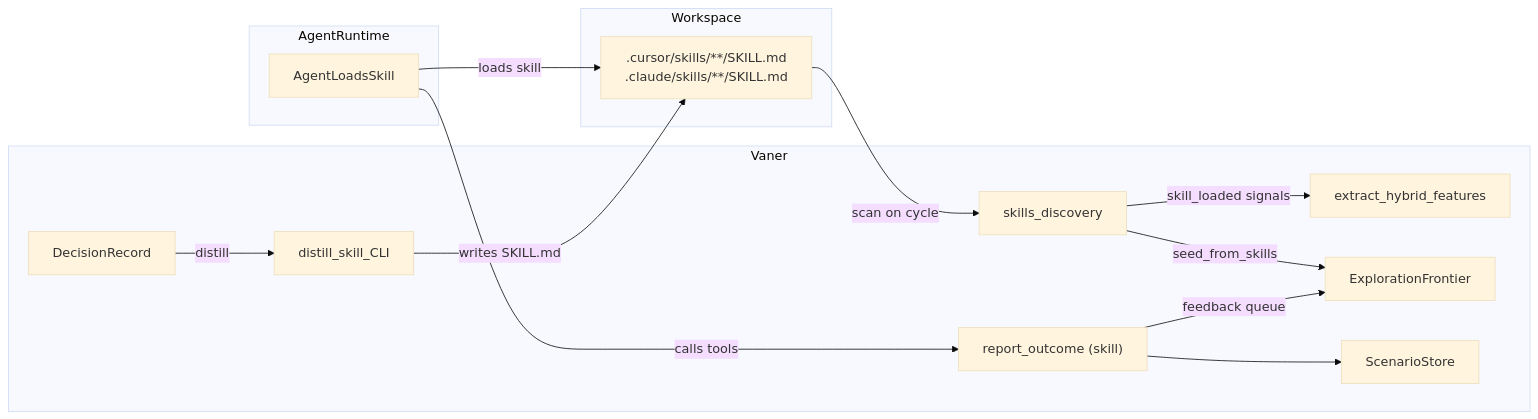
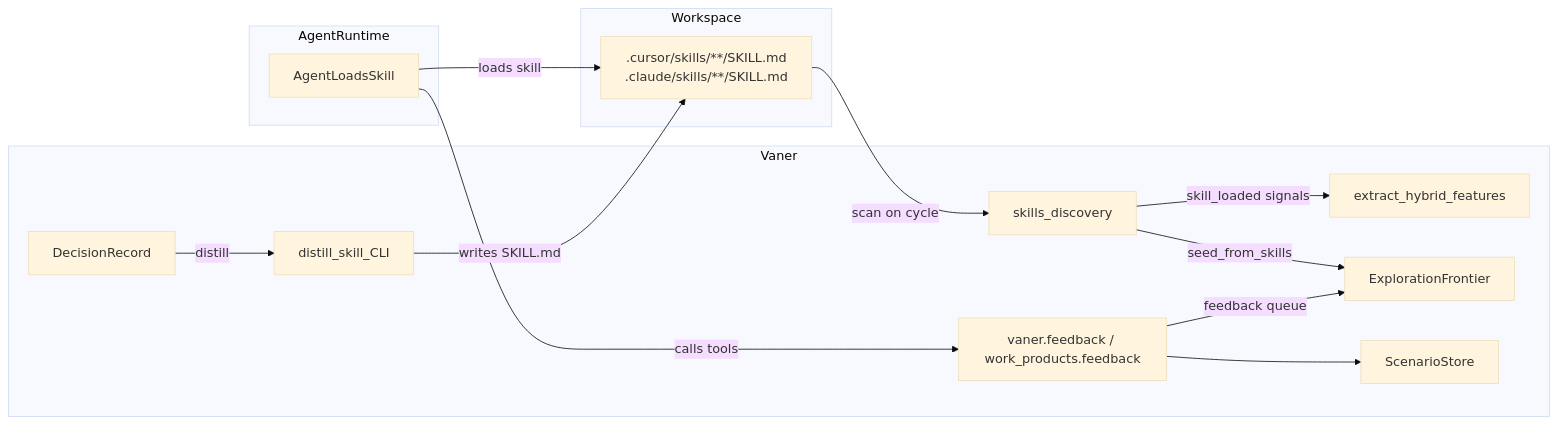
The diagram in content/docs/skills.mdx (Borgels/vaner-docs), drawn with Mermaid (base theme) before and after one commit. The commit also changed other lines of this file and 32 other files, not shown here.

First line of the commit message:
docs: refresh Prepared Work and MCP documentation (#31)

````diff
--- a/content/docs/skills.mdx
+++ b/content/docs/skills.mdx
@@ -10,28 +10,28 @@
 ```mermaid
 graph LR
   subgraph ws [Workspace]
     Skills[".cursor/skills/**/SKILL.md<br/>.claude/skills/**/SKILL.md"]
   end
   subgraph agent [AgentRuntime]
     Agent[AgentLoadsSkill]
   end
   subgraph vaner [Vaner]
     Discover[skills_discovery]
     Features[extract_hybrid_features]
     Frontier[ExplorationFrontier]
     Scen[ScenarioStore]
-    MCP["report_outcome (skill)"]
+    MCP["vaner.feedback / work_products.feedback"]
     Dist[distill_skill_CLI]
     Dec[DecisionRecord]
   end
 
   Skills -->|"scan on cycle"| Discover
   Discover -->|"skill_loaded signals"| Features
   Discover -->|"seed_from_skills"| Frontier
   Agent -->|"loads skill"| Skills
   Agent -->|"calls tools"| MCP
   MCP -->|"feedback queue"| Frontier
   MCP --> Scen
   Dec -->|"distill"| Dist
   Dist -->|"writes SKILL.md"| Skills
 ```
````
